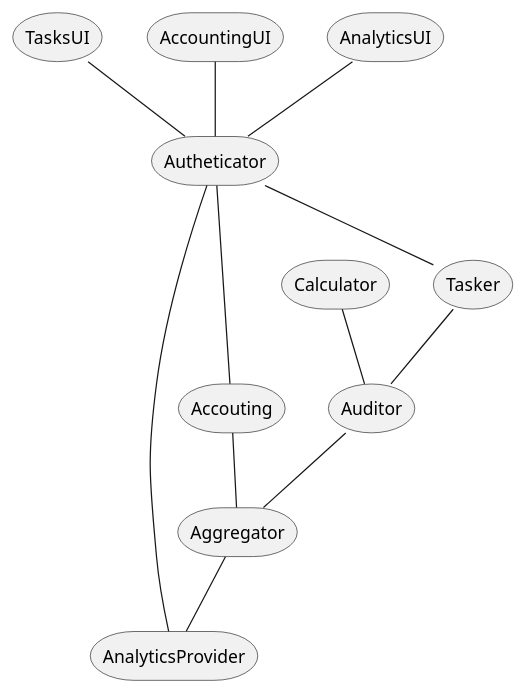
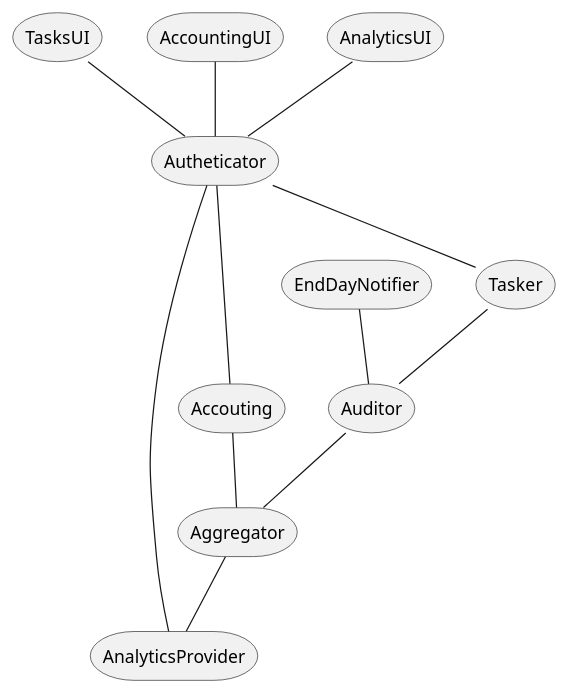
Before and after one commit to ximyro/async_architecture_course: the diagram in diagrams/high_level.plantuml, drawn with PlantUML. The commit also changed 14 other files, not shown here.

```diff
--- a/diagrams/high_level.plantuml
+++ b/diagrams/high_level.plantuml
@@ -1,28 +1,28 @@
 @startuml High-level-architecture
 storage Tasker
 storage AnalyticsProvider
 storage Aggregator
-storage Calculator
+storage EndDayNotifier
 storage Autheticator
 storage Accouting
 storage TasksUI
 storage AccountingUI
 storage Auditor
 storage AnalyticsUI
 
 TasksUI -- Autheticator
 AccountingUI -- Autheticator
 AnalyticsUI -- Autheticator
 
 Autheticator -- Tasker
 Autheticator -- AnalyticsProvider
 Autheticator -- Accouting
 
 Tasker -- Auditor
-Calculator -- Auditor
+EndDayNotifier -- Auditor
 
 Auditor -- Aggregator
 
 Aggregator -- AnalyticsProvider
 Accouting -- Aggregator
 @enduml
```
